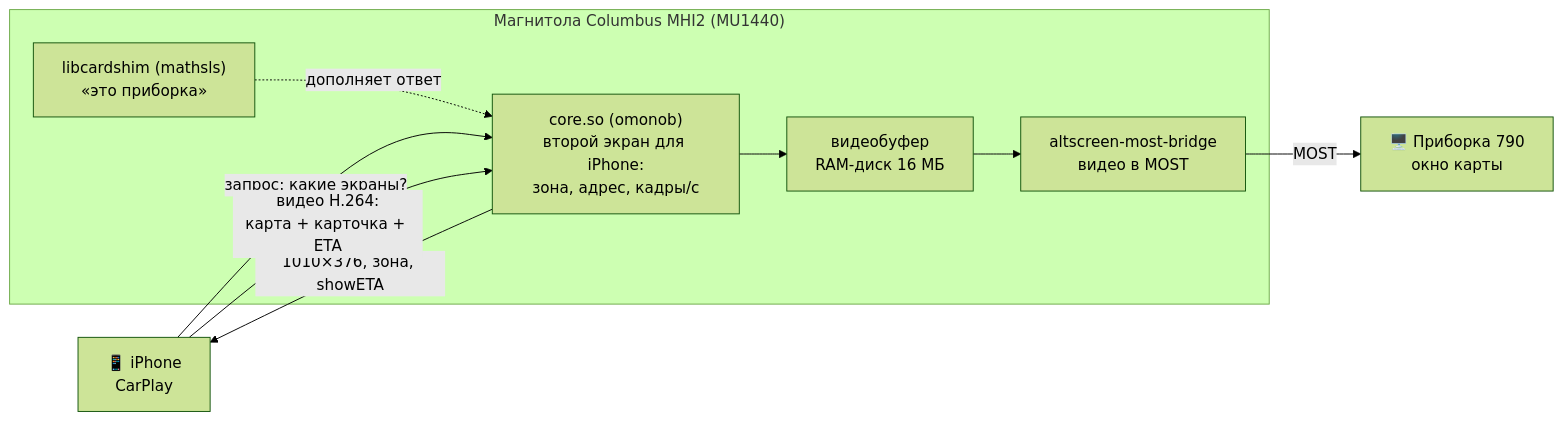
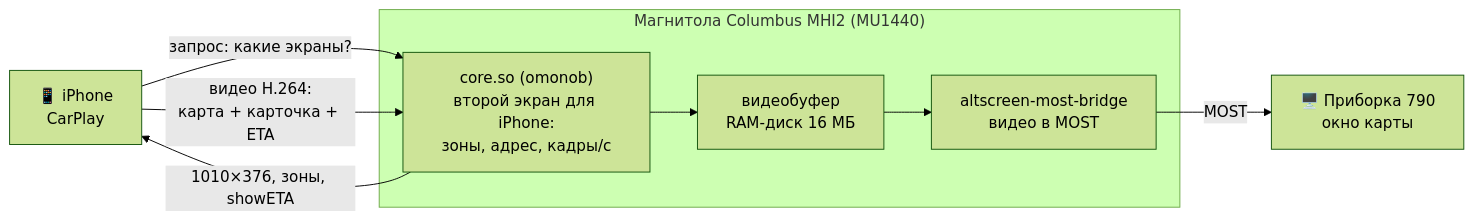
Before and after one commit to sli25555-spec/MHI2-Carplay-Maps-790: the second of 2 diagrams in README.md, drawn with Mermaid (forest theme). The commit also changed other lines of this file and 84 other files, not shown here.

````diff
--- a/README.md
+++ b/README.md
@@ -380,16 +332,14 @@
 ```mermaid
 flowchart LR
     phone["📱 iPhone<br/>CarPlay"]
     subgraph unit["Магнитола Columbus MHI2 (MU1440)"]
-        core["core.so (omonob)<br/>второй экран для iPhone:<br/>зона, адрес, кадры/с"]
-        shim["libcardshim (mathsls)<br/>«это приборка»"]
+        core["core.so (omonob)<br/>второй экран для iPhone:<br/>зоны, адрес, кадры/с"]
         ring["видеобуфер<br/>RAM-диск 16 МБ"]
         bridge["altscreen-most-bridge<br/>видео в MOST"]
     end
     cluster["🖥️ Приборка 790<br/>окно карты"]
     phone -- "запрос: какие экраны?" --> core
-    shim -.->|"дополняет ответ"| core
-    core -- "1010×376, зона, showETA" --> phone
+    core -- "1010×376, зоны, showETA" --> phone
     phone -- "видео H.264:<br/>карта + карточка + ETA" --> core
     core --> ring --> bridge -- "MOST" --> cluster
 ```
````
